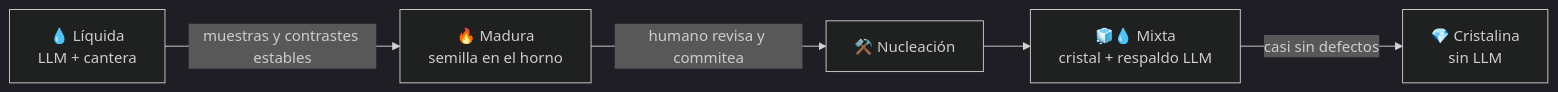
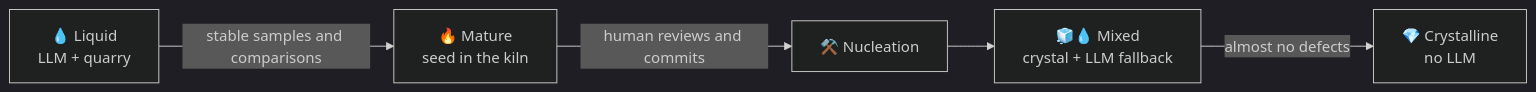
Before and after one commit to AbstractBike/SilvioMaciasSanchez: the diagram in abstract-architectures/forja.md, drawn with Mermaid (dark theme). The commit also changed other lines of this file and 4 other files, not shown here.

````diff
--- a/abstract-architectures/forja.md
+++ b/abstract-architectures/forja.md
@@ -51,7 +51,7 @@
 ```mermaid
 flowchart LR
-    L["💧 Líquida<br/>LLM + cantera"] -->|"muestras y contrastes estables"| M["🔥 Madura<br/>semilla en el horno"]
-    M -->|"humano revisa y commitea"| N["⚒️ Nucleación"]
-    N --> X["🧊💧 Mixta<br/>cristal + respaldo LLM"]
-    X -->|"casi sin defectos"| C["💎 Cristalina<br/>sin LLM"]
+    L["💧 Liquid<br/>LLM + quarry"] -->|"stable samples and comparisons"| M["🔥 Mature<br/>seed in the kiln"]
+    M -->|"human reviews and commits"| N["⚒️ Nucleation"]
+    N --> X["🧊💧 Mixed<br/>crystal + LLM fallback"]
+    X -->|"almost no defects"| C["💎 Crystalline<br/>no LLM"]
 ```
````
